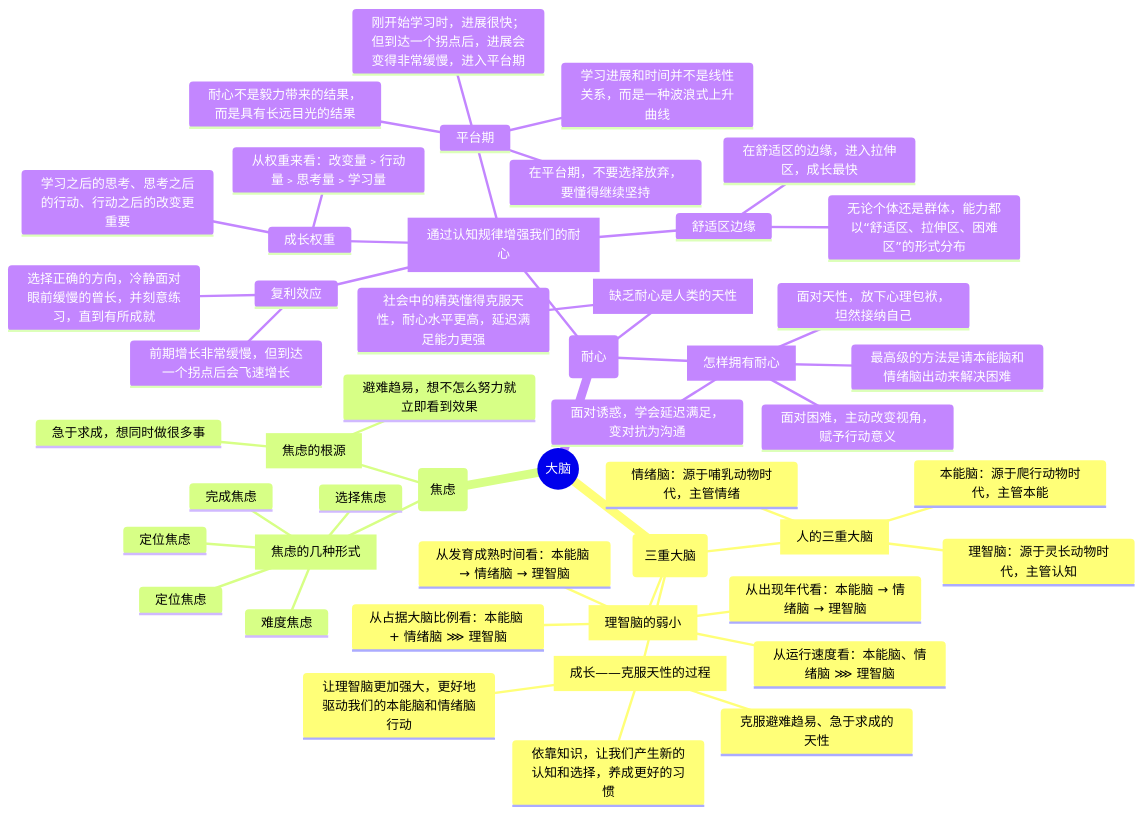
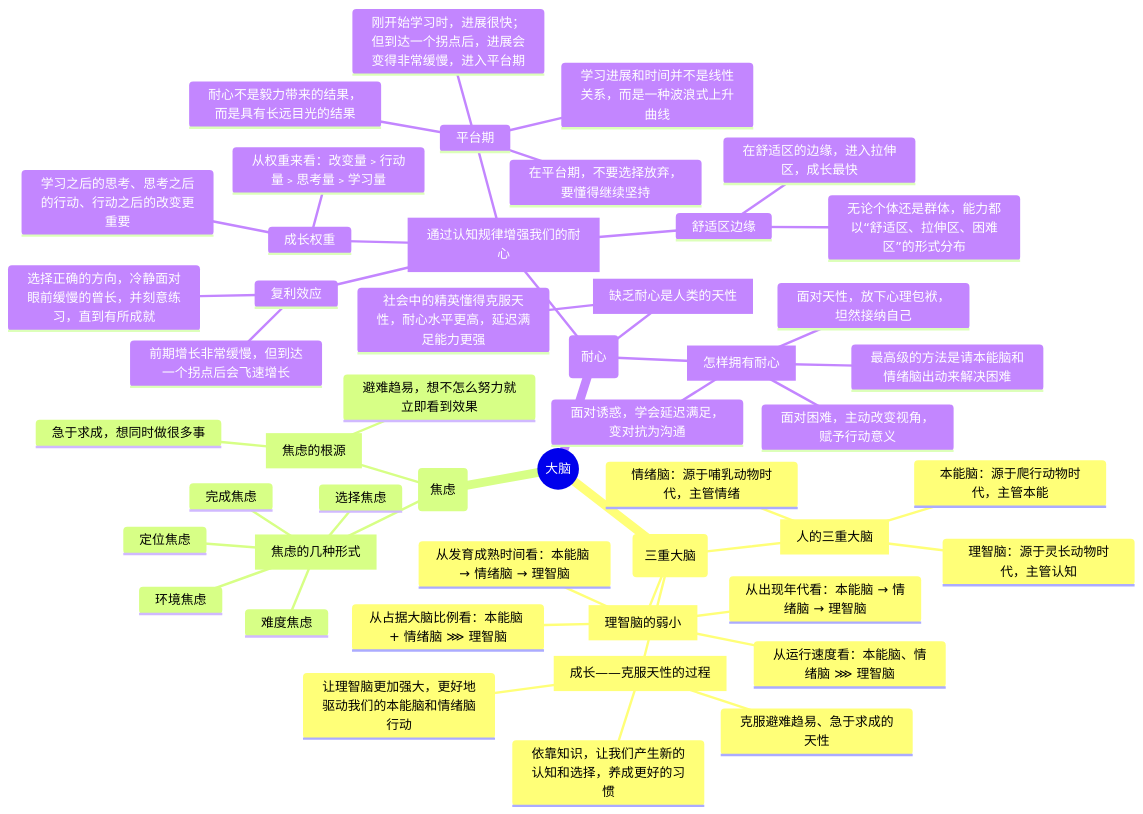
The second of 9 diagrams in reading-notes/rzjx/README.md (ytx-readings/zl-books), drawn with Mermaid before and after one commit. The commit also changed other lines of this file, not shown here.

````diff
--- a/reading-notes/rzjx/README.md
+++ b/reading-notes/rzjx/README.md
@@ -134,51 +134,51 @@
 ```mermaid
 mindmap
 ((大脑))
     (三重大脑)
         [人的三重大脑]
             本能脑：源于爬行动物时代，主管本能
             情绪脑：源于哺乳动物时代，主管情绪
             理智脑：源于灵长动物时代，主管认知
         [理智脑的弱小]
             从出现年代看：本能脑 → 情绪脑 → 理智脑
             从发育成熟时间看：本能脑 → 情绪脑 → 理智脑
             从占据大脑比例看：本能脑 + 情绪脑 ⋙ 理智脑
             从运行速度看：本能脑、情绪脑 ⋙ 理智脑
         [成长——克服天性的过程]
             克服避难趋易、急于求成的天性
             依靠知识，让我们产生新的认知和选择，养成更好的习惯
             让理智脑更加强大，更好地驱动我们的本能脑和情绪脑行动
     (焦虑)
         [焦虑的几种形式]
             完成焦虑
             定位焦虑
             选择焦虑
-            定位焦虑
+            环境焦虑
             难度焦虑
         [焦虑的根源]
             急于求成，想同时做很多事
             避难趋易，想不怎么努力就立即看到效果
     (耐心)
         [缺乏耐心是人类的天性]
             社会中的精英懂得克服天性，耐心水平更高，延迟满足能力更强
         [通过认知规律增强我们的耐心]
             复利效应
                 前期增长非常缓慢，但到达一个拐点后会飞速增长
                 选择正确的方向，冷静面对眼前缓慢的曾长，并刻意练习，直到有所成就
             舒适区边缘
                 无论个体还是群体，能力都以“舒适区、拉伸区、困难区”的形式分布
                 在舒适区的边缘，进入拉伸区，成长最快
             成长权重
                 学习之后的思考、思考之后的行动、行动之后的改变更重要
                 从权重来看：改变量﹥行动量﹥思考量﹥学习量
             平台期
                 学习进展和时间并不是线性关系，而是一种波浪式上升曲线
                 刚开始学习时，进展很快；但到达一个拐点后，进展会变得非常缓慢，进入平台期
                 在平台期，不要选择放弃，要懂得继续坚持
                 耐心不是毅力带来的结果，而是具有长远目光的结果
         [怎样拥有耐心]
             面对天性，放下心理包袱，坦然接纳自己
             面对诱惑，学会延迟满足，变对抗为沟通
             面对困难，主动改变视角，赋予行动意义
             最高级的方法是请本能脑和情绪脑出动来解决困难
 ```
````
